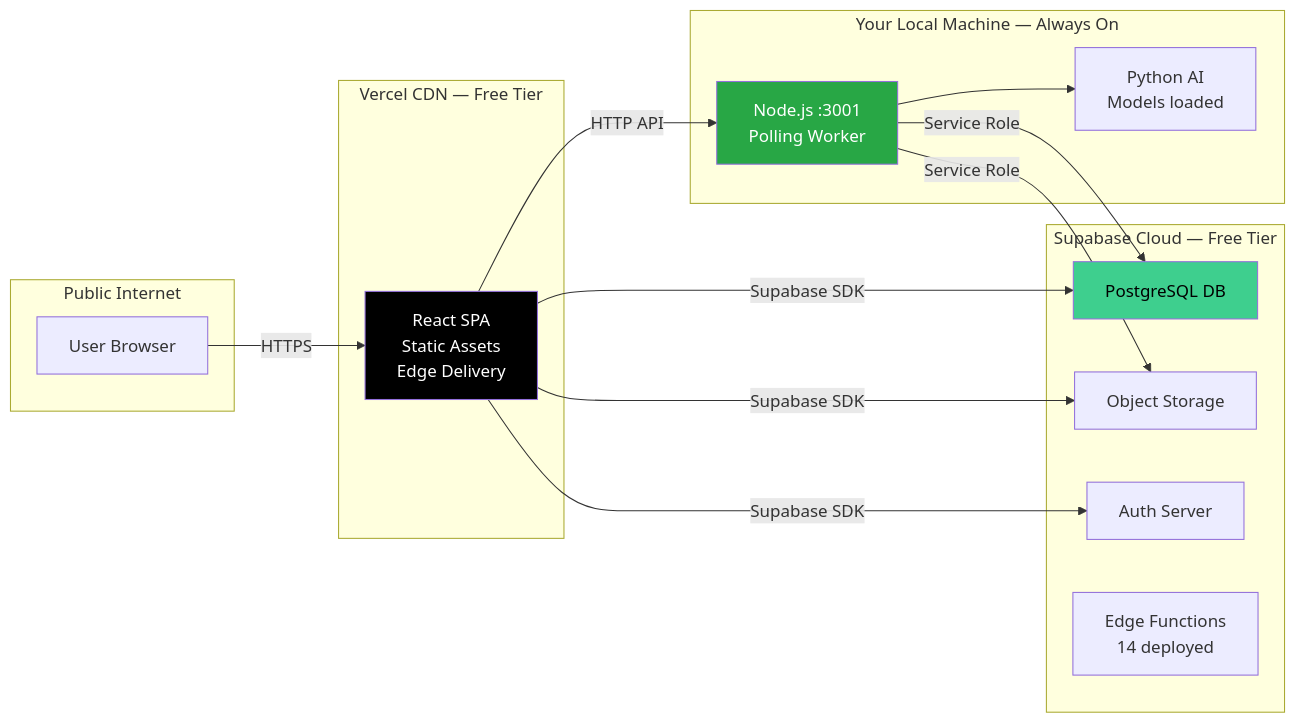
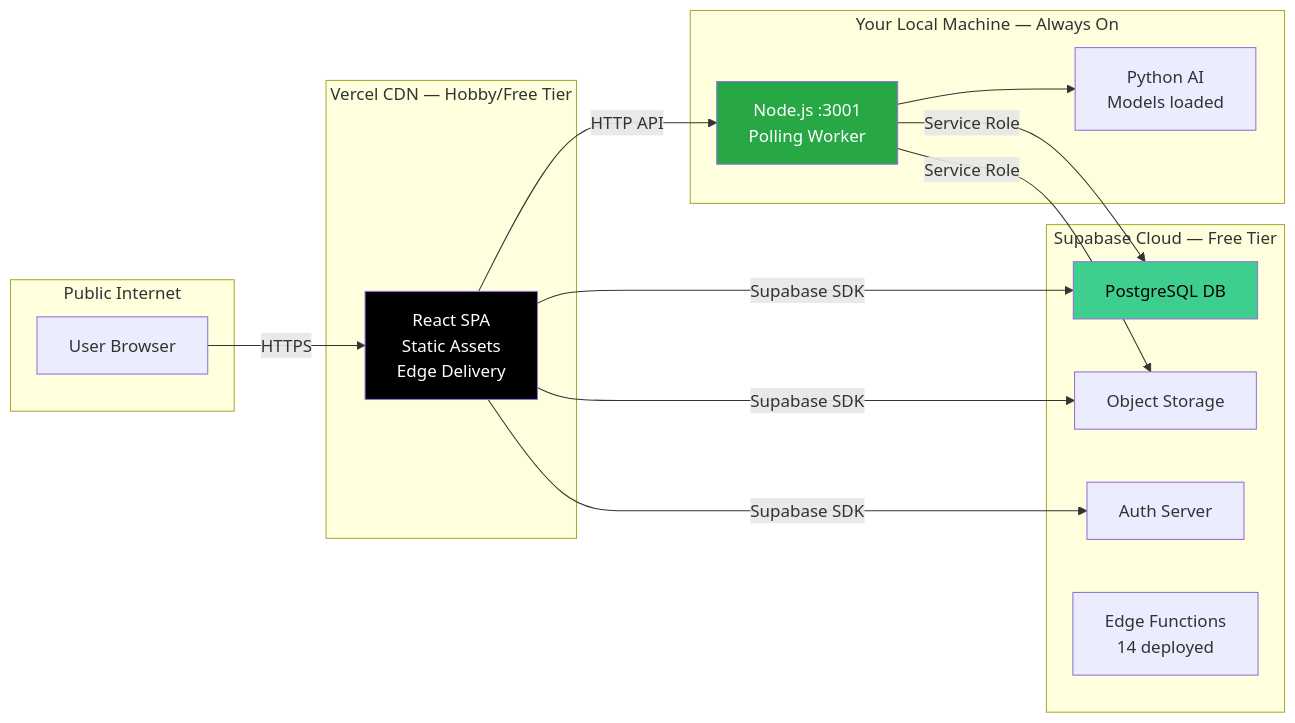
Before and after one commit to yashmagar01/The-Future-You: the fifth of 18 diagrams in README.md, drawn with Mermaid. The commit also changed other lines of this file and 5 other files, not shown here.

Commit message:
docs: update memory system, roadmap and project documentation

````diff
--- a/README.md
+++ b/README.md
@@ -240,32 +241,32 @@
 ```mermaid
 graph LR
     subgraph "Public Internet"
         A[User Browser]
     end
 
-    subgraph "Vercel CDN — Free Tier"
+    subgraph "Vercel CDN — Hobby/Free Tier"
         B[React SPA\nStatic Assets\nEdge Delivery]
     end
 
     subgraph "Supabase Cloud — Free Tier"
         C[PostgreSQL DB]
         D[Object Storage]
         E[Auth Server]
         F[Edge Functions\n14 deployed]
     end
 
     subgraph "Your Local Machine — Always On"
         G[Node.js :3001\nPolling Worker]
         H[Python AI\nModels loaded]
     end
 
     A -->|HTTPS| B
     B -->|Supabase SDK| E & C & D
     B -->|HTTP API| G
     G -->|Service Role| C & D
     G --> H
 
     style B fill:#000,color:white
     style C fill:#3ecf8e,color:black
     style G fill:#28a745,color:white
 ```
````
